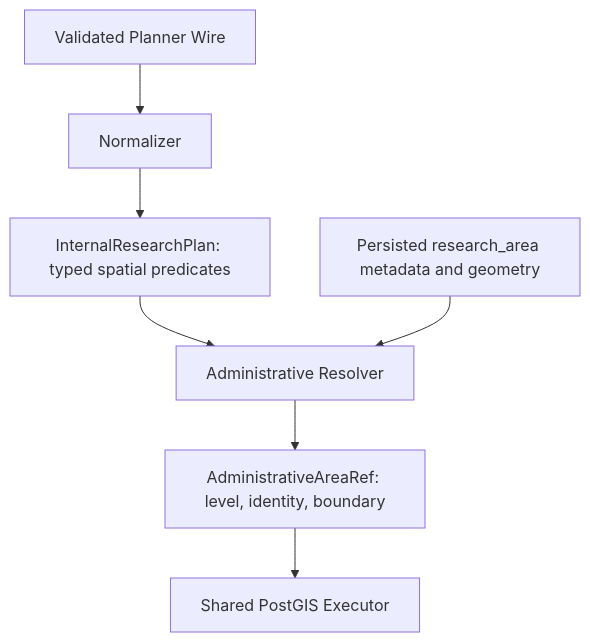
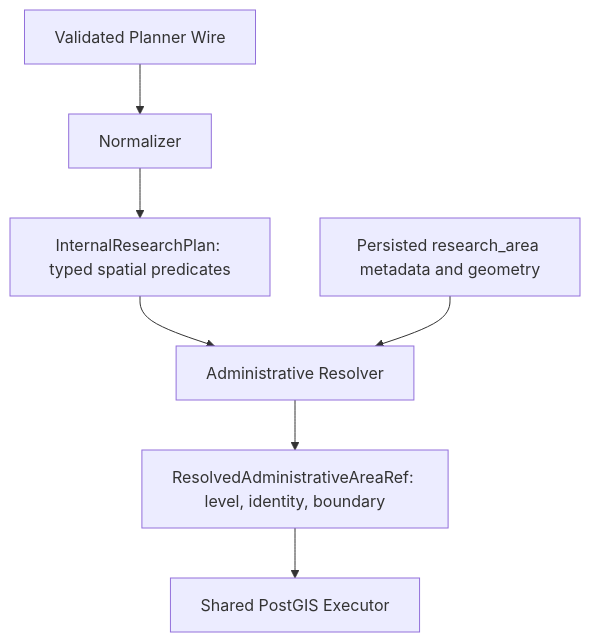
Before and after one commit to sndcds/uranus-admin: the second of 2 diagrams in docs/research/internal-plan-architecture.md, drawn with Mermaid. The commit also changed other lines of this file and 9 other files, not shown here.

````diff
--- a/docs/research/internal-plan-architecture.md
+++ b/docs/research/internal-plan-architecture.md
@@ -220,9 +226,9 @@
 ```mermaid
 flowchart TD
     W[Validated Planner Wire] --> N[Normalizer]
     N --> P[InternalResearchPlan: typed spatial predicates]
     P --> R[Administrative Resolver]
     A[Persisted research_area metadata and geometry] --> R
-    R --> REF[AdministrativeAreaRef: level, identity, boundary]
+    R --> REF[ResolvedAdministrativeAreaRef: level, identity, boundary]
     REF --> E[Shared PostGIS Executor]
 ```
````
